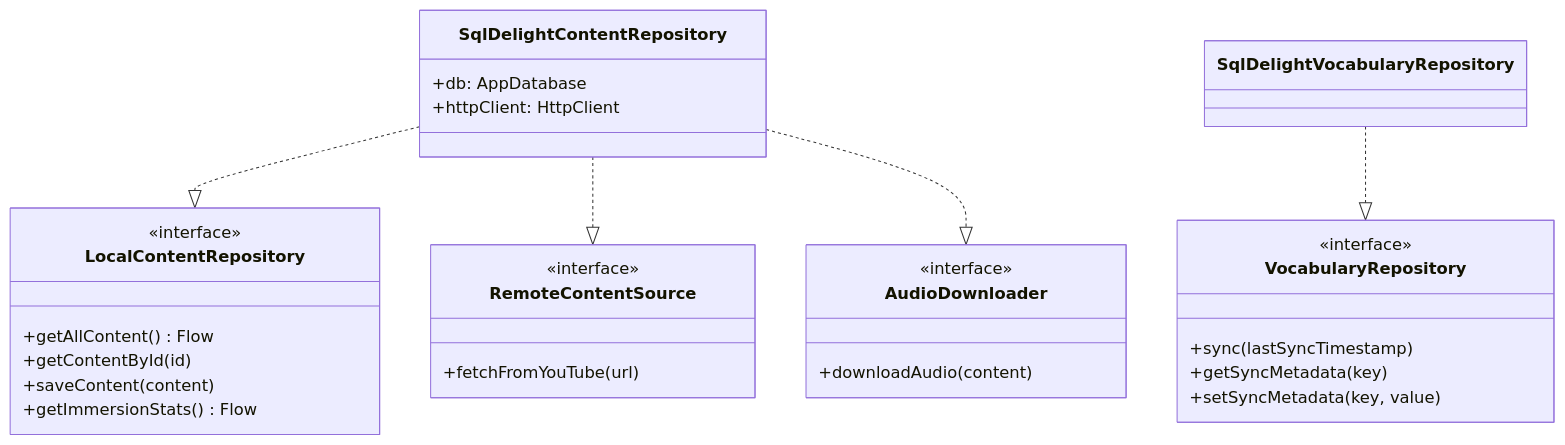
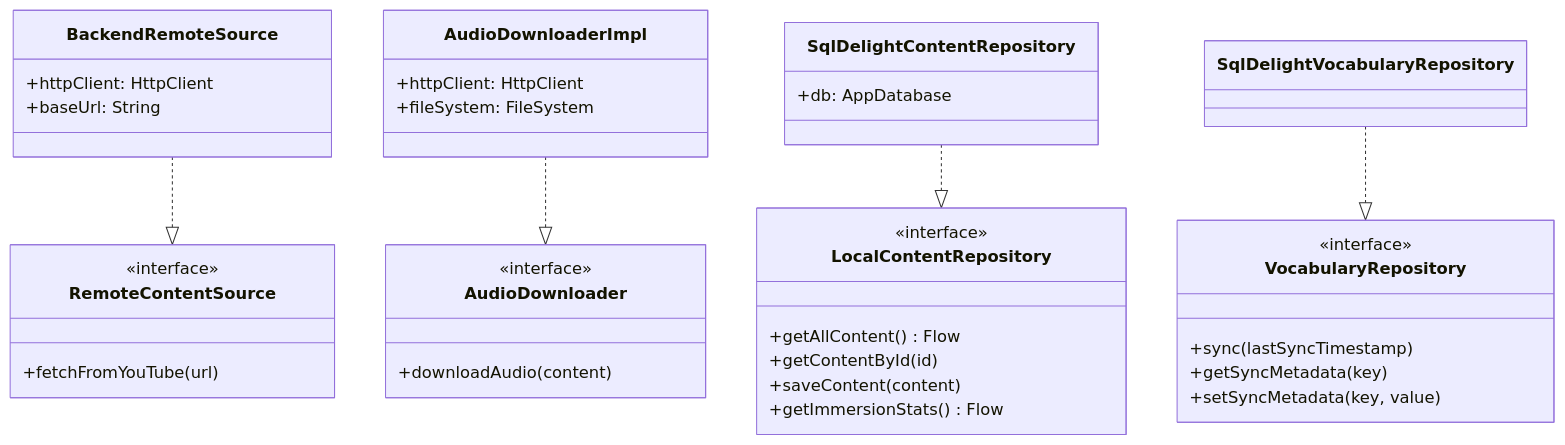
One commit to ursusandwolf/langkraft changed the second of 6 diagrams in docs/UML.md. Above: the diagram before and after it, drawn with Mermaid. The commit also changed other lines of this file and 27 other files, not shown here.

````diff
--- a/docs/UML.md
+++ b/docs/UML.md
@@ -32,33 +33,40 @@
 ```mermaid
 classDiagram
     class LocalContentRepository {
         <<interface>>
         +getAllContent() Flow
         +getContentById(id)
         +saveContent(content)
         +getImmersionStats() Flow
     }
+    class AudioDownloader {
+        <<interface>>
+        +downloadAudio(content)
+    }
     class RemoteContentSource {
         <<interface>>
         +fetchFromYouTube(url)
     }
-    class AudioDownloader {
-        <<interface>>
-        +downloadAudio(content)
+    class BackendRemoteSource {
+        +httpClient: HttpClient
+        +baseUrl: String
+    }
+    class AudioDownloaderImpl {
+        +httpClient: HttpClient
+        +fileSystem: FileSystem
     }
     class SqlDelightContentRepository {
         +db: AppDatabase
-        +httpClient: HttpClient
     }
     class VocabularyRepository {
         <<interface>>
         +sync(lastSyncTimestamp)
         +getSyncMetadata(key)
         +setSyncMetadata(key, value)
     }
 
     SqlDelightContentRepository ..|> LocalContentRepository
-    SqlDelightContentRepository ..|> RemoteContentSource
-    SqlDelightContentRepository ..|> AudioDownloader
+    BackendRemoteSource ..|> RemoteContentSource
+    AudioDownloaderImpl ..|> AudioDownloader
     SqlDelightVocabularyRepository ..|> VocabularyRepository
 ```
````
